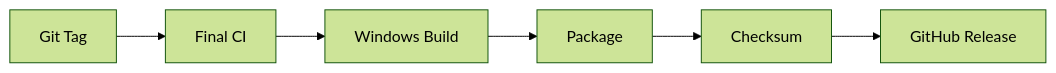
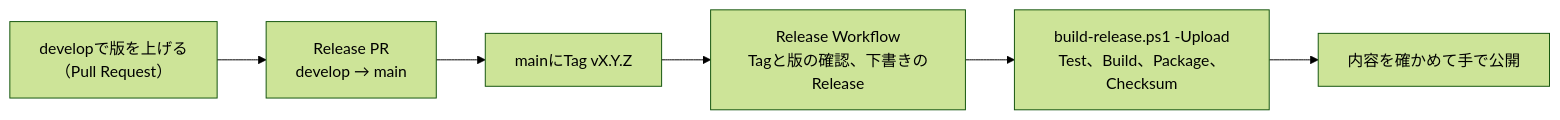
Before and after one commit to Yupopyoi/virtual-vessel-studio: the second of 2 diagrams in docs/ja/development/development-workflow.md, drawn with Mermaid (forest theme). The commit also changed other lines of this file and 2 other files, not shown here.

Commit message:
docs: adopt develop branch and document the release flow

````diff
--- a/docs/ja/development/development-workflow.md
+++ b/docs/ja/development/development-workflow.md
@@ -1019,15 +1029,11 @@
 ```mermaid
 flowchart LR
-    Tag["Git Tag"]
-    Test["Final CI"]
-    Build["Windows Build"]
-    Package["Package"]
-    Hash["Checksum"]
-    GH["GitHub Release"]
+    Bump["developで版を上げる<br/>（Pull Request）"]
+    PR["Release PR<br/>develop → main"]
+    Tag["mainにTag vX.Y.Z"]
+    WF["Release Workflow<br/>Tagと版の確認、下書きのRelease"]
+    Local["build-release.ps1 -Upload<br/>Test、Build、Package、Checksum"]
+    Publish["内容を確かめて手で公開"]
 
-    Tag --> Test
-    Test --> Build
-    Build --> Package
-    Package --> Hash
-    Hash --> GH
+    Bump --> PR --> Tag --> WF --> Local --> Publish
 ```
````
